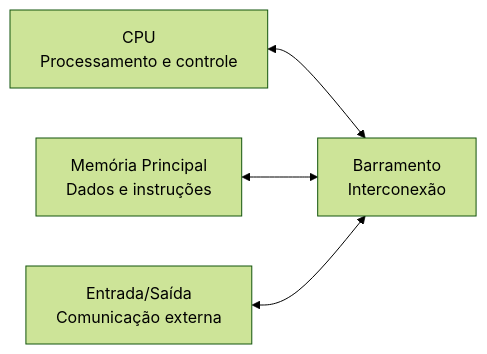
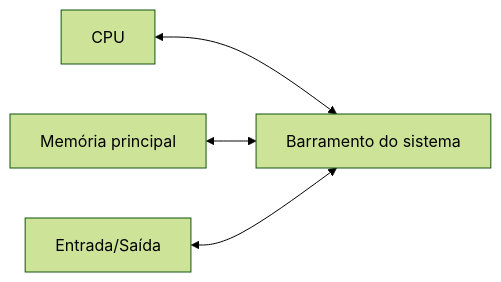
Before and after one commit to matheus046z/CompSci-UCB: the third of 9 diagrams in content/MOD 2/SISCOMP/02 Unidades/Unidade 1/Leitura 1.2/Resumos/SISCOMP-1.2-Resumo.md, drawn with Mermaid (forest theme). The commit also changed other lines of this file, not shown here.

````diff
--- a/content/MOD 2/SISCOMP/02 Unidades/Unidade 1/Leitura 1.2/Resumos/SISCOMP-1.2-Resumo.md
+++ b/content/MOD 2/SISCOMP/02 Unidades/Unidade 1/Leitura 1.2/Resumos/SISCOMP-1.2-Resumo.md
@@ -81,11 +108,11 @@
 ```mermaid
 flowchart LR
-    CPU[CPU<br>Processamento e controle]
-    MEM[Memória Principal<br>Dados e instruções]
-    IO[Entrada/Saída<br>Comunicação externa]
-    BUS[Barramento<br>Interconexão]
+    CPU[CPU]
+    MEM[Memória principal]
+    IO[Entrada/Saída]
+    BUS[Barramento do sistema]
 
     CPU <--> BUS
     MEM <--> BUS
     IO <--> BUS
 ```
````
